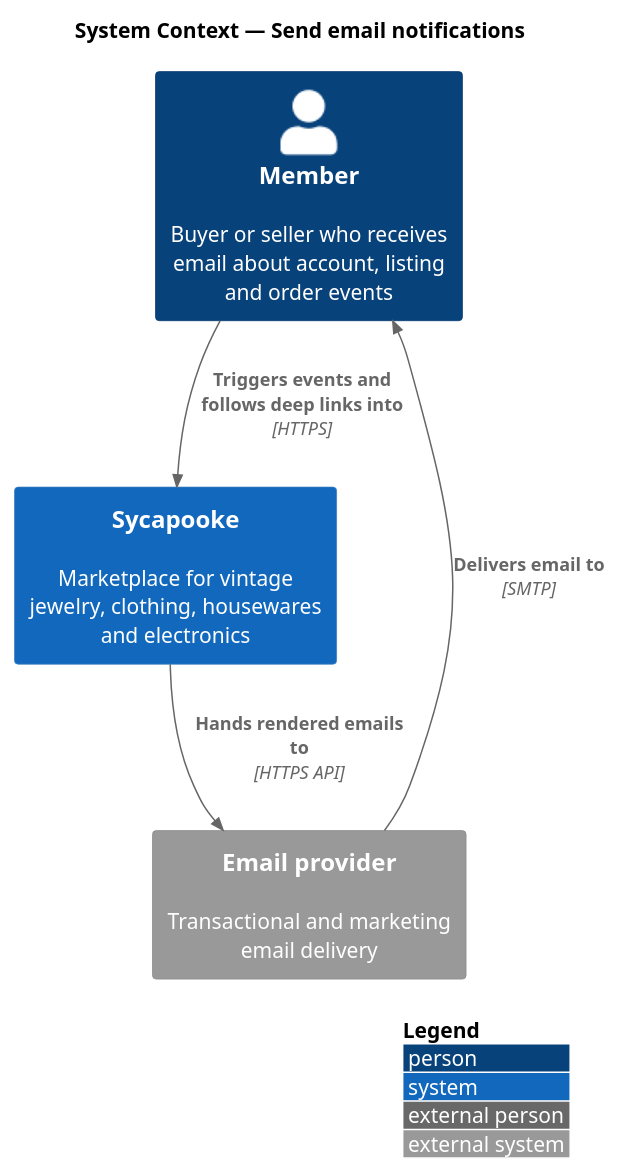
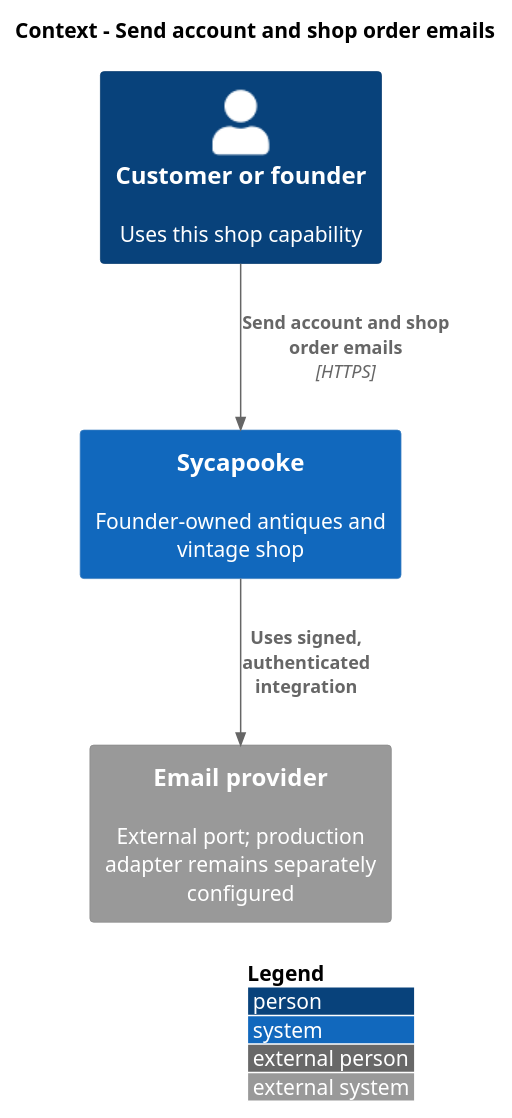
One commit to QuinntyneBrown/sycapooke changed the diagram in docs/detailed-designs/notifications/send-email-notifications/diagrams/c4-context.puml. Above: the diagram before and after it, drawn with PlantUML. The commit also changed 860 other files, not shown here.

First line of the commit message:
Align detailed designs and estimates with the founder-only shop

```diff
--- a/docs/detailed-designs/notifications/send-email-notifications/diagrams/c4-context.puml
+++ b/docs/detailed-designs/notifications/send-email-notifications/diagrams/c4-context.puml
@@ -1,13 +1,10 @@
 @startuml
 !include <C4/C4_Context>
 LAYOUT_WITH_LEGEND()
-title System Context — Send email notifications
-
-Person(member, "Member", "Buyer or seller who receives email about account, listing and order events")
-System(sycapooke, "Sycapooke", "Marketplace for vintage jewelry, clothing, housewares and electronics")
-System_Ext(email, "Email provider", "Transactional and marketing email delivery")
-
-Rel(member, sycapooke, "Triggers events and follows deep links into", "HTTPS")
-Rel(sycapooke, email, "Hands rendered emails to", "HTTPS API")
-Rel(email, member, "Delivers email to", "SMTP")
+title Context - Send account and shop order emails
+Person(user, "Customer or founder", "Uses this shop capability")
+System(shop, "Sycapooke", "Founder-owned antiques and vintage shop")
+Rel(user, shop, "Send account and shop order emails", "HTTPS")
+System_Ext(provider, "Email provider", "External port; production adapter remains separately configured")
+Rel(shop, provider, "Uses signed, authenticated integration")
 @enduml
```
